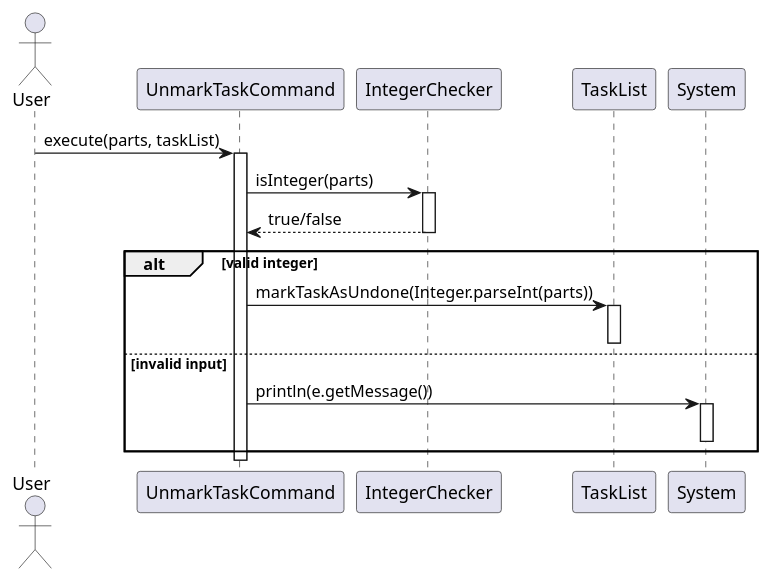
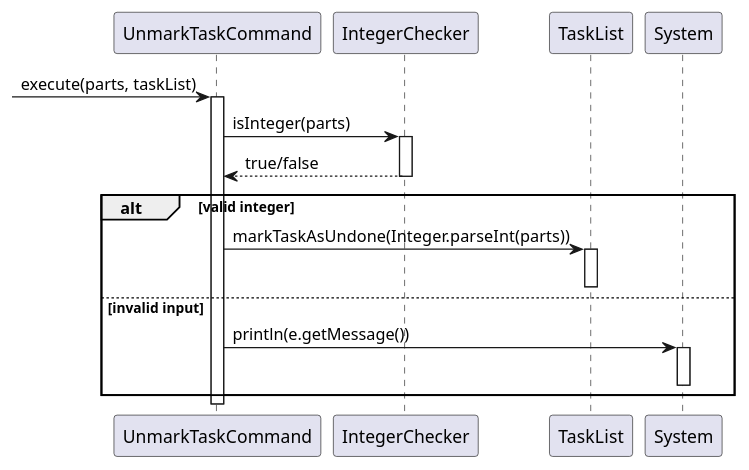
One commit to wongyihao02/tp changed the diagram in docs/diagrams/tasklistcommands/UnmarkTaskCommandSequenceDiagram.puml. Above: the diagram before and after it, drawn with PlantUML. The commit also changed 19 other files, not shown here.

Commit message:
Edit sequence diagrams for taskcommands

```diff
--- a/docs/diagrams/tasklistcommands/UnmarkTaskCommandSequenceDiagram.puml
+++ b/docs/diagrams/tasklistcommands/UnmarkTaskCommandSequenceDiagram.puml
@@ -1,30 +1,28 @@
 @startuml
 'https://plantuml.com/sequence-diagram
-
-actor User
 
 participant "UnmarkTaskCommand" as UnmarkCmd
 participant "IntegerChecker" as Checker
 participant "TaskList" as TaskList
 participant "System" as Console
 
-User -> UnmarkCmd : execute(parts, taskList)
+-> UnmarkCmd : execute(parts, taskList)
 activate UnmarkCmd
 
 UnmarkCmd -> Checker : isInteger(parts)
 activate Checker
 Checker --> UnmarkCmd : true/false
 deactivate Checker
 
 alt valid integer
     UnmarkCmd -> TaskList : markTaskAsUndone(Integer.parseInt(parts))
     activate TaskList
     deactivate TaskList
 else invalid input
     UnmarkCmd -> Console : println(e.getMessage())
     activate Console
     deactivate Console
 end
 
 deactivate UnmarkCmd
 @enduml
```
